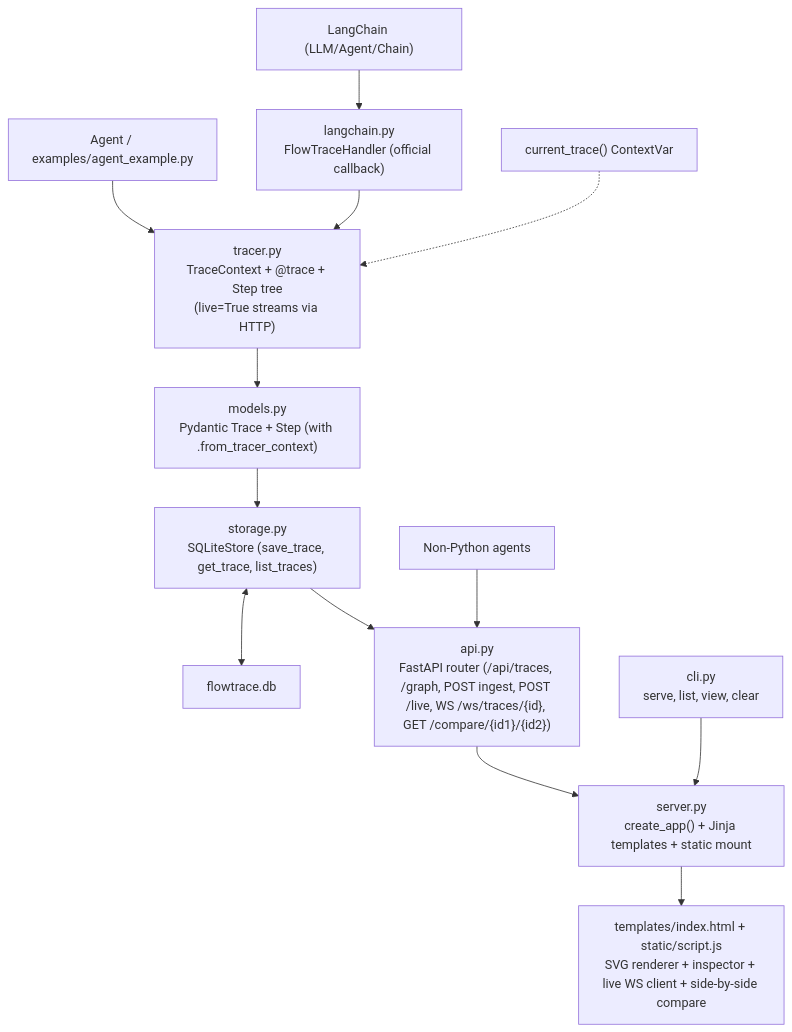
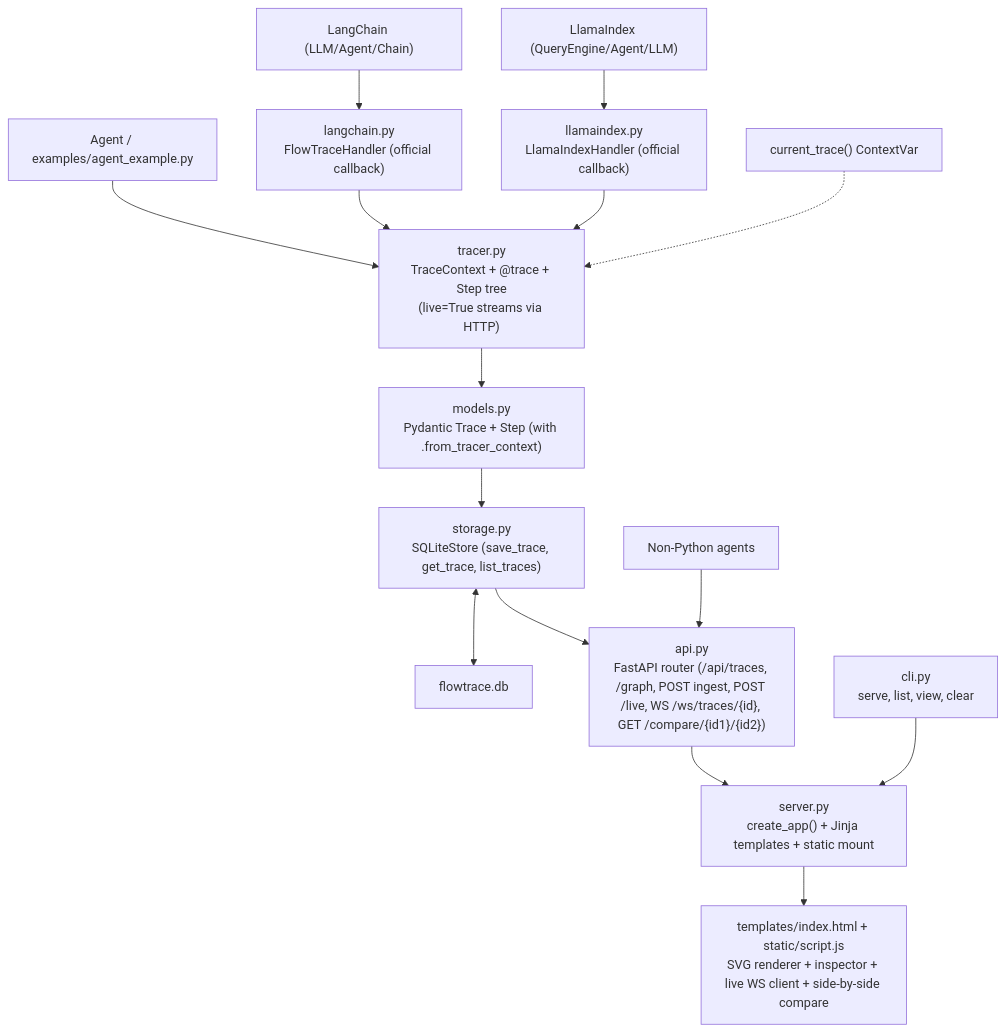
One commit to ajendras/flowtrace changed the diagram in README.md. Above: the diagram before and after it, drawn with Mermaid. The commit also changed other lines of this file and 4 other files, not shown here.

Commit message:
feat(llamaindex): create first-party LlamaIndex integration adapter

````diff
--- a/README.md
+++ b/README.md
@@ -298,15 +343,17 @@
 ```mermaid
 flowchart TD
     AgentCode["Agent / examples/agent_example.py"] --> Tracer["tracer.py<br/>TraceContext + @trace + Step tree<br/>(live=True streams via HTTP)"]
     LangChain["LangChain (LLM/Agent/Chain)"] --> Handler["langchain.py<br/>FlowTraceHandler (official callback)"]
+    LlamaIndex["LlamaIndex (QueryEngine/Agent/LLM)"] --> Handler2["llamaindex.py<br/>LlamaIndexHandler (official callback)"]
     Handler --> Tracer
+    Handler2 --> Tracer
     Tracer --> Models["models.py<br/>Pydantic Trace + Step (with .from_tracer_context)"]
     Models --> Storage["storage.py<br/>SQLiteStore (save_trace, get_trace, list_traces)"]
     Storage <--> DB["flowtrace.db"]
     Storage --> API["api.py<br/>FastAPI router (/api/traces, /graph, POST ingest, POST /live, WS /ws/traces/{id}, GET /compare/{id1}/{id2})"]
     API --> Server["server.py<br/>create_app() + Jinja templates + static mount"]
     Server --> UI["templates/index.html + static/script.js<br/>SVG renderer + inspector + live WS client + side-by-side compare"]
     CLI["cli.py<br/>serve, list, view, clear"] --> Server
     External["Non-Python agents"] --> API
     current_trace["current_trace() ContextVar"] -.-> Tracer
 ```
````
